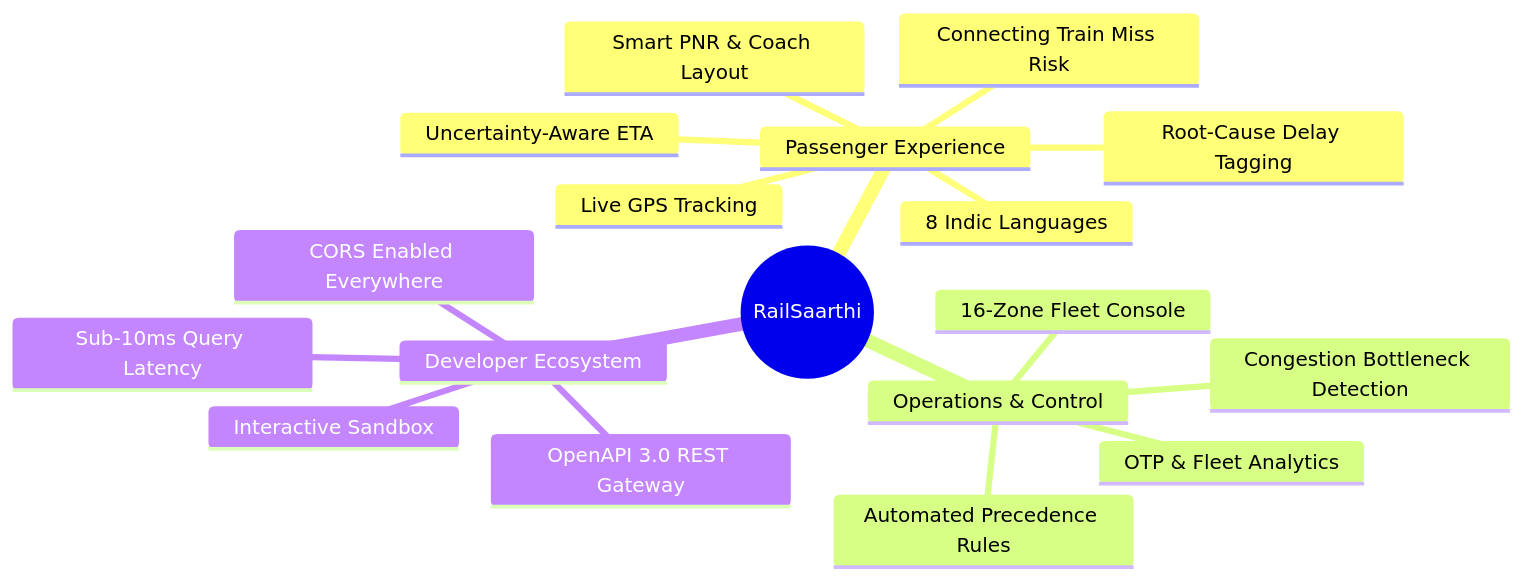
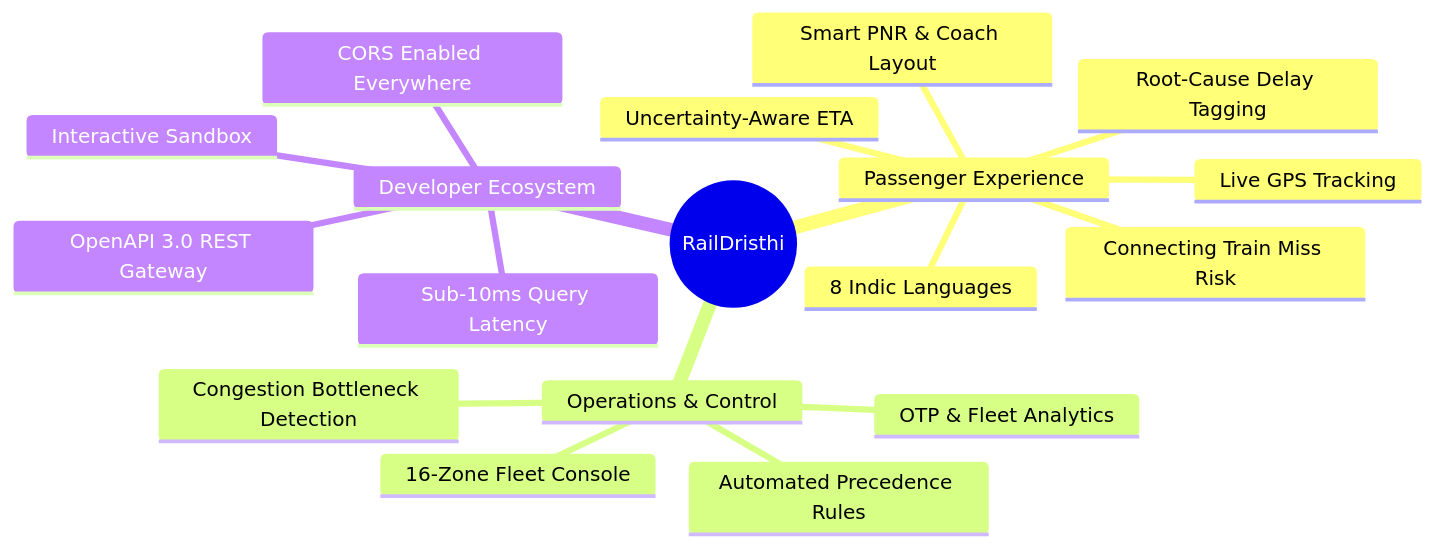
Before and after one commit to Sumit2003-dev/RailDristhi: the diagram in docs/FEATURES.md, drawn with Mermaid. The commit also changed other lines of this file and 114 other files, not shown here.

Commit message:
feat: rename branding to RailDristhi, add health check API, and optimize deployment config

````diff
--- a/docs/FEATURES.md
+++ b/docs/FEATURES.md
@@ -9,21 +9,21 @@
 ```mermaid
 mindmap
-  root((RailSaarthi))
+  root((RailDristhi))
     Passenger Experience
       Live GPS Tracking
       Uncertainty-Aware ETA
       Root-Cause Delay Tagging
       Smart PNR & Coach Layout
       Connecting Train Miss Risk
       8 Indic Languages
     Operations & Control
       16-Zone Fleet Console
       Congestion Bottleneck Detection
       OTP & Fleet Analytics
       Automated Precedence Rules
     Developer Ecosystem
       OpenAPI 3.0 REST Gateway
       Interactive Sandbox
       Sub-10ms Query Latency
       CORS Enabled Everywhere
 ```
````
